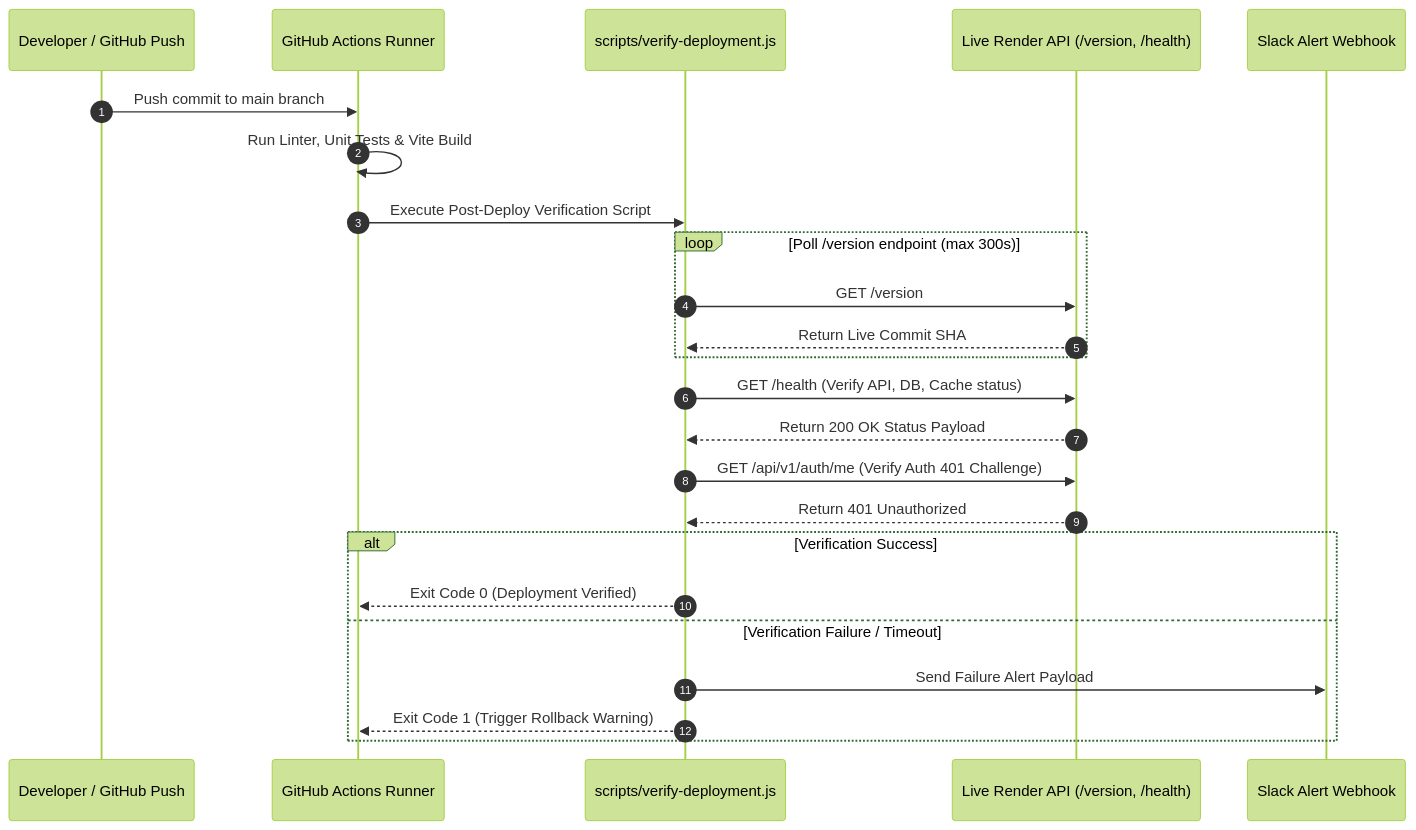
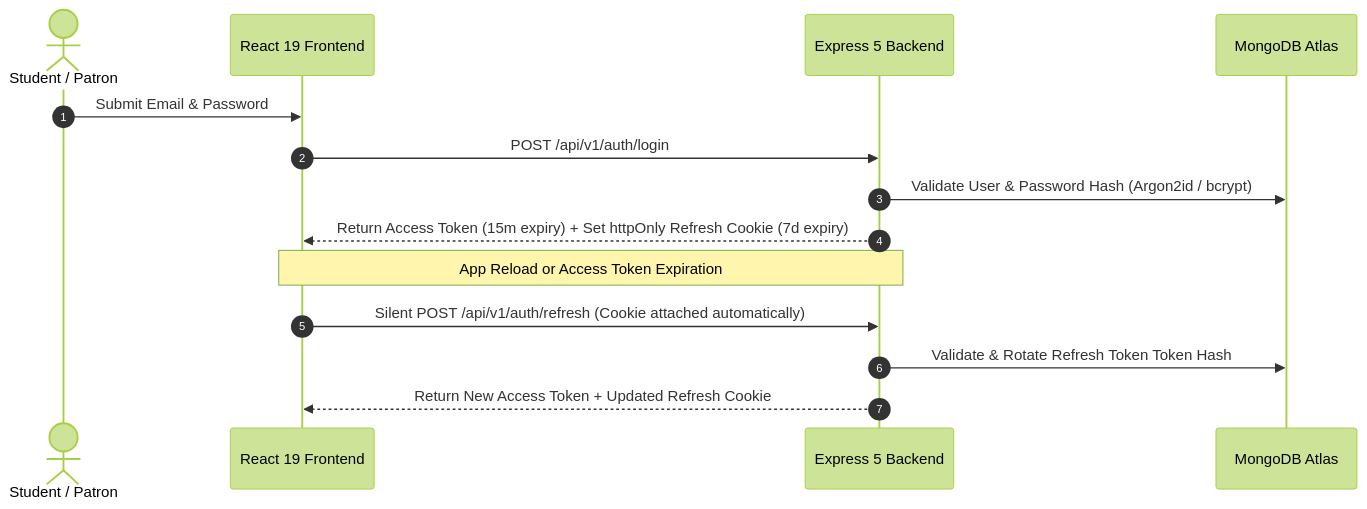
Before and after one commit to Aditya-Naikwadi/bookbuddy: the third of 3 diagrams in README.md, drawn with Mermaid (forest theme). The commit also changed other lines of this file and 51 other files, not shown here.

````diff
--- a/README.md
+++ b/README.md
@@ -239,27 +162,17 @@
 ```mermaid
 sequenceDiagram
     autonumber
-    participant Dev as Developer / GitHub Push
-    participant GHA as GitHub Actions Runner
-    participant Verifier as scripts/verify-deployment.js
-    participant Backend as Live Render API (/version, /health)
-    participant Slack as Slack Alert Webhook
+    actor Student as Student / Patron
+    participant SPA as React 19 Frontend
+    participant Server as Express 5 Backend
+    participant DB as MongoDB Atlas
 
-    Dev->>GHA: Push commit to main branch
-    GHA->>GHA: Run Linter, Unit Tests & Vite Build
-    GHA->>Verifier: Execute Post-Deploy Verification Script
-    loop Poll /version endpoint (max 300s)
-        Verifier->>Backend: GET /version
-        Backend-->>Verifier: Return Live Commit SHA
-    end
-    Verifier->>Backend: GET /health (Verify API, DB, Cache status)
-    Backend-->>Verifier: Return 200 OK Status Payload
-    Verifier->>Backend: GET /api/v1/auth/me (Verify Auth 401 Challenge)
-    Backend-->>Verifier: Return 401 Unauthorized
-    alt Verification Success
-        Verifier-->>GHA: Exit Code 0 (Deployment Verified)
-    else Verification Failure / Timeout
-        Verifier->>Slack: Send Failure Alert Payload
-        Verifier-->>GHA: Exit Code 1 (Trigger Rollback Warning)
-    end
+    Student->>SPA: Submit Email & Password
+    SPA->>Server: POST /api/v1/auth/login
+    Server->>DB: Validate User & Password Hash (Argon2id / bcrypt)
+    Server-->>SPA: Return Access Token (15m expiry) + Set httpOnly Refresh Cookie (7d expiry)
+    Note over SPA,Server: App Reload or Access Token Expiration
+    SPA->>Server: Silent POST /api/v1/auth/refresh (Cookie attached automatically)
+    Server->>DB: Validate & Rotate Refresh Token Token Hash
+    Server-->>SPA: Return New Access Token + Updated Refresh Cookie
 ```
````
